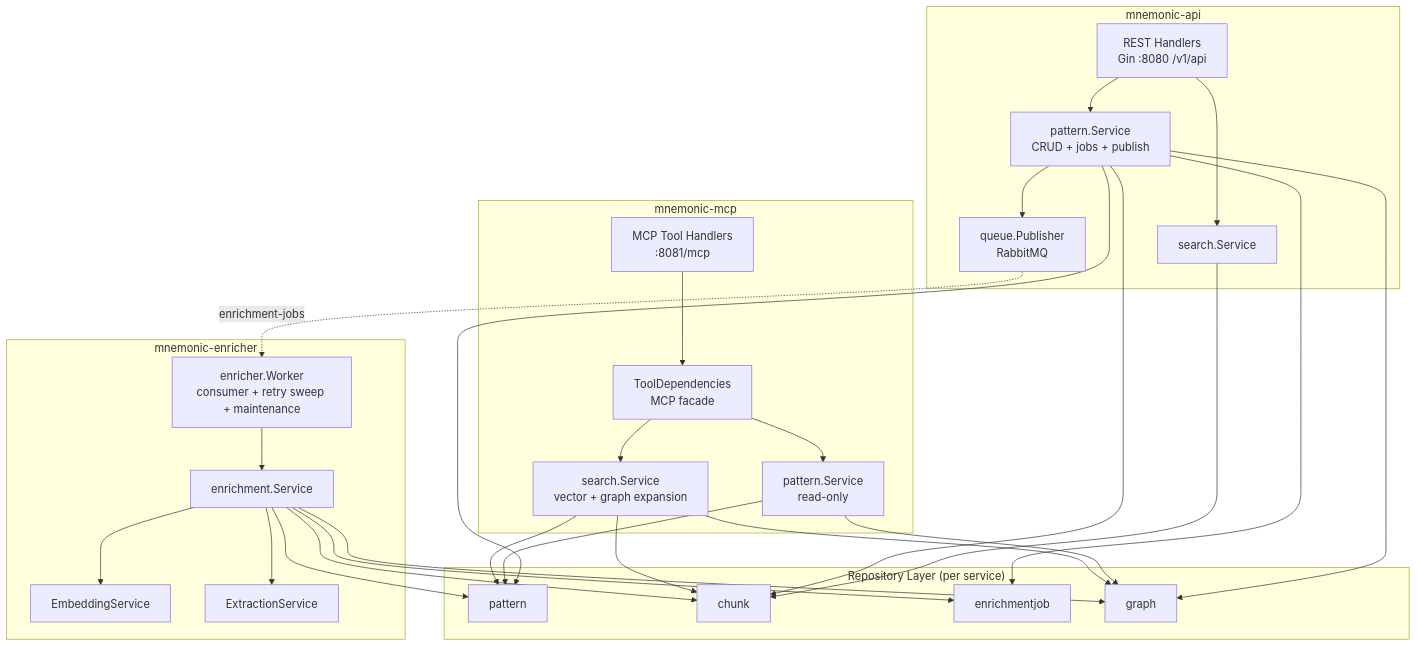
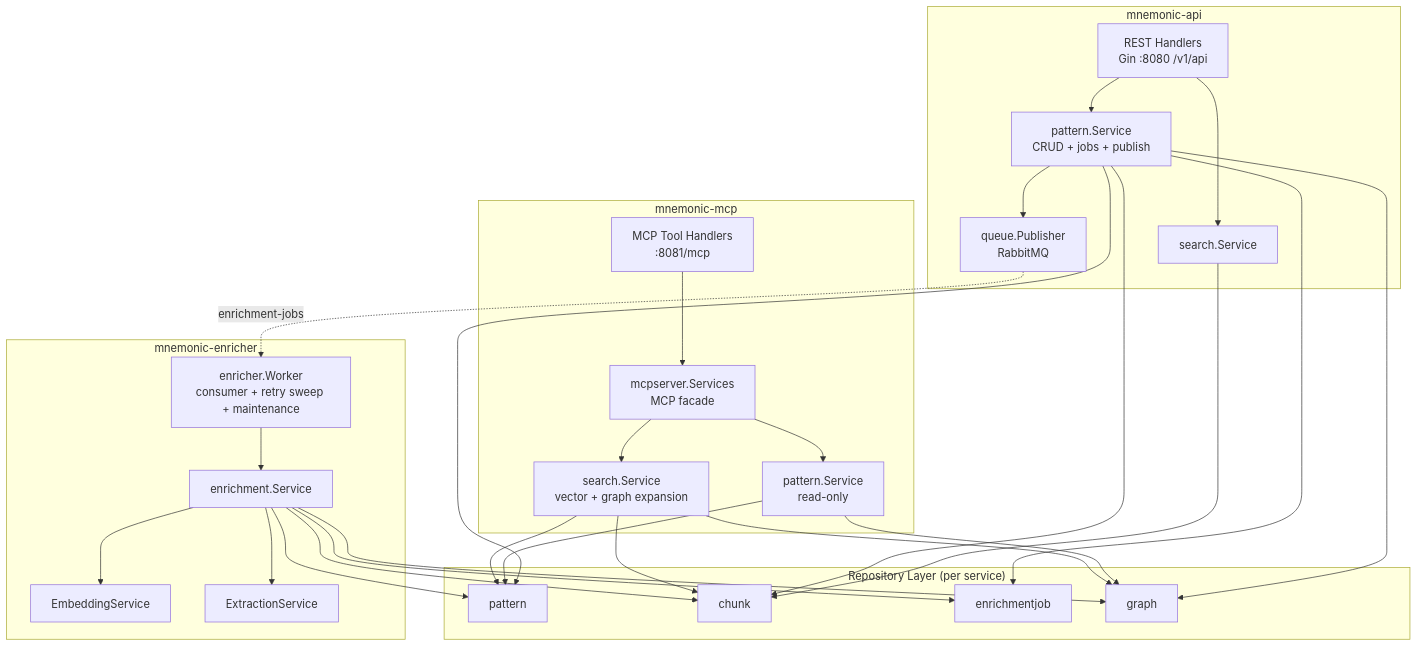
Before and after one commit to twistingmercury/mnemonic-docs: the first of 3 diagrams in docs/design/service-layer.md, drawn with Mermaid. The commit also changed other lines of this file and 8 other files, not shown here.

````diff
--- a/docs/design/service-layer.md
+++ b/docs/design/service-layer.md
@@ -83,57 +82,57 @@
 ```mermaid
 graph TB
     subgraph "mnemonic-mcp"
         MCP[MCP Tool Handlers<br/>:8081/mcp]
-        TD[ToolDependencies<br/>MCP facade]
+        TD[mcpserver.Services<br/>MCP facade]
         MSEARCH[search.Service<br/>vector + graph expansion]
         MPS[pattern.Service<br/>read-only]
     end
 
     subgraph "mnemonic-api"
         REST[REST Handlers<br/>Gin :8080 /v1/api]
         PS[pattern.Service<br/>CRUD + jobs + publish]
         ASEARCH[search.Service]
         PUB[queue.Publisher<br/>RabbitMQ]
     end
 
     subgraph "mnemonic-enricher"
         WORKER[enricher.Worker<br/>consumer + retry sweep + maintenance]
         ES[enrichment.Service]
         EMB[EmbeddingService]
         EXT[ExtractionService]
     end
 
     subgraph "Repository Layer (per service)"
         PR[pattern]
         CR[chunk]
         EJR[enrichmentjob]
         GR[graph]
     end
 
     MCP --> TD
     TD --> MSEARCH
     TD --> MPS
     MSEARCH --> CR
     MSEARCH --> PR
     MSEARCH --> GR
     MPS --> PR
     MPS --> GR
 
     REST --> PS
     REST --> ASEARCH
     PS --> PR
     PS --> CR
     PS --> EJR
     PS --> GR
     PS --> PUB
     ASEARCH --> CR
 
     PUB -.->|enrichment-jobs| WORKER
     WORKER --> ES
     ES --> EMB
     ES --> EXT
     ES --> PR
     ES --> CR
     ES --> EJR
     ES --> GR
 ```
````
